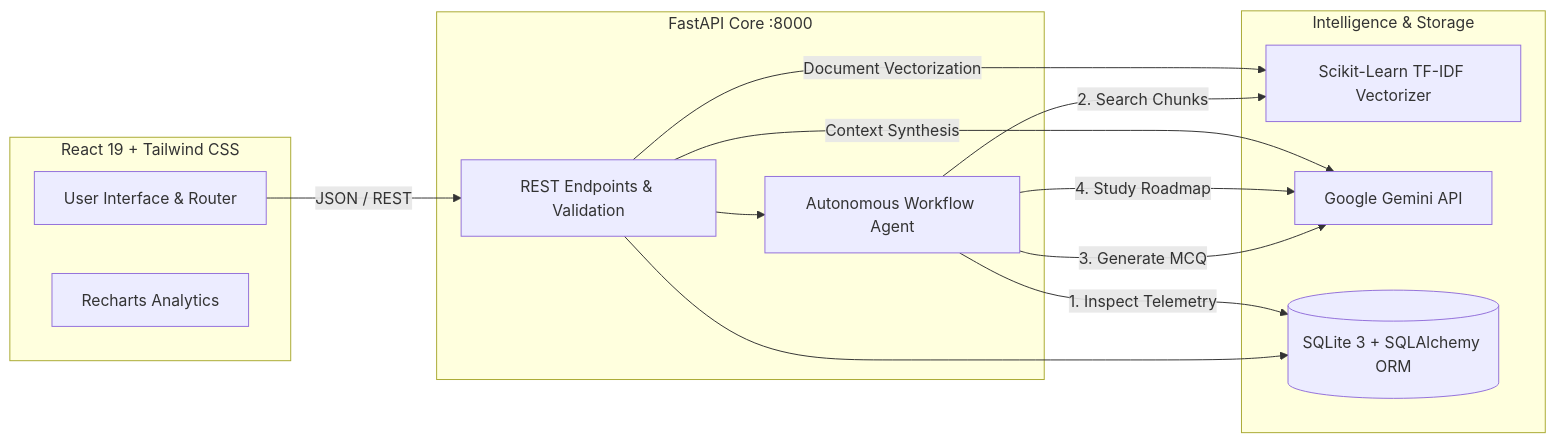
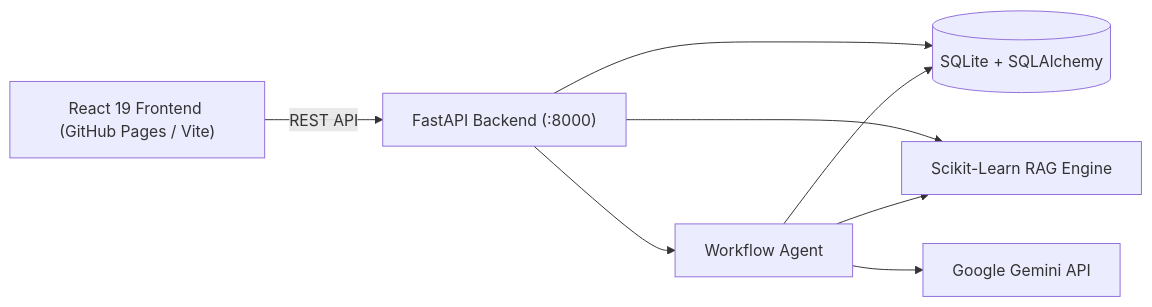
The diagram in README.md (Kratika2613/databuddy-ai), drawn with Mermaid before and after one commit. The commit also changed other lines of this file and 5 other files, not shown here.

Commit message:
Configure GitHub Pages deployment, Python linguist priority, and concise README

````diff
--- a/README.md
+++ b/README.md
@@ -30,28 +28,10 @@
 ```mermaid
 graph LR
-    subgraph Frontend [React 19 + Tailwind CSS]
-        UI[User Interface & Router]
-        Charts[Recharts Analytics]
-    end
-
-    subgraph Backend [FastAPI Core :8000]
-        API[REST Endpoints & Validation]
-        Agent[Autonomous Workflow Agent]
-    end
-
-    subgraph Intelligence & Storage
-        RAG[Scikit-Learn TF-IDF Vectorizer]
-        Gemini[Google Gemini API]
-        DB[(SQLite 3 + SQLAlchemy ORM)]
-    end
-
-    UI -->|JSON / REST| API
-    API --> Agent
-    API --> DB
-    Agent -->|1. Inspect Telemetry| DB
-    Agent -->|2. Search Chunks| RAG
-    Agent -->|3. Generate MCQ| Gemini
-    Agent -->|4. Study Roadmap| Gemini
-    API -->|Document Vectorization| RAG
-    API -->|Context Synthesis| Gemini
+    UI["React 19 Frontend (GitHub Pages / Vite)"] -->|REST API| API["FastAPI Backend (:8000)"]
+    API --> Agent["Workflow Agent"]
+    API --> RAG["Scikit-Learn RAG Engine"]
+    API --> DB[("SQLite + SQLAlchemy")]
+    Agent --> DB
+    Agent --> RAG
+    Agent --> LLM["Google Gemini API"]
 ```
````
